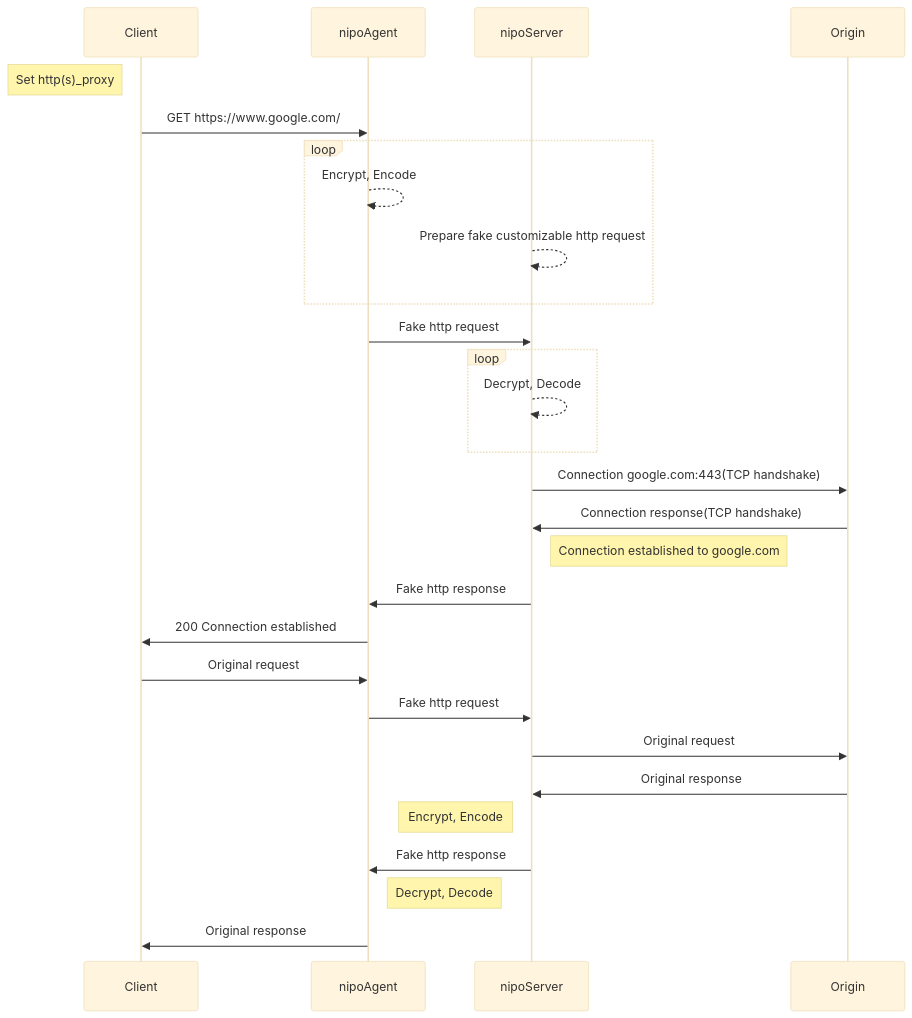
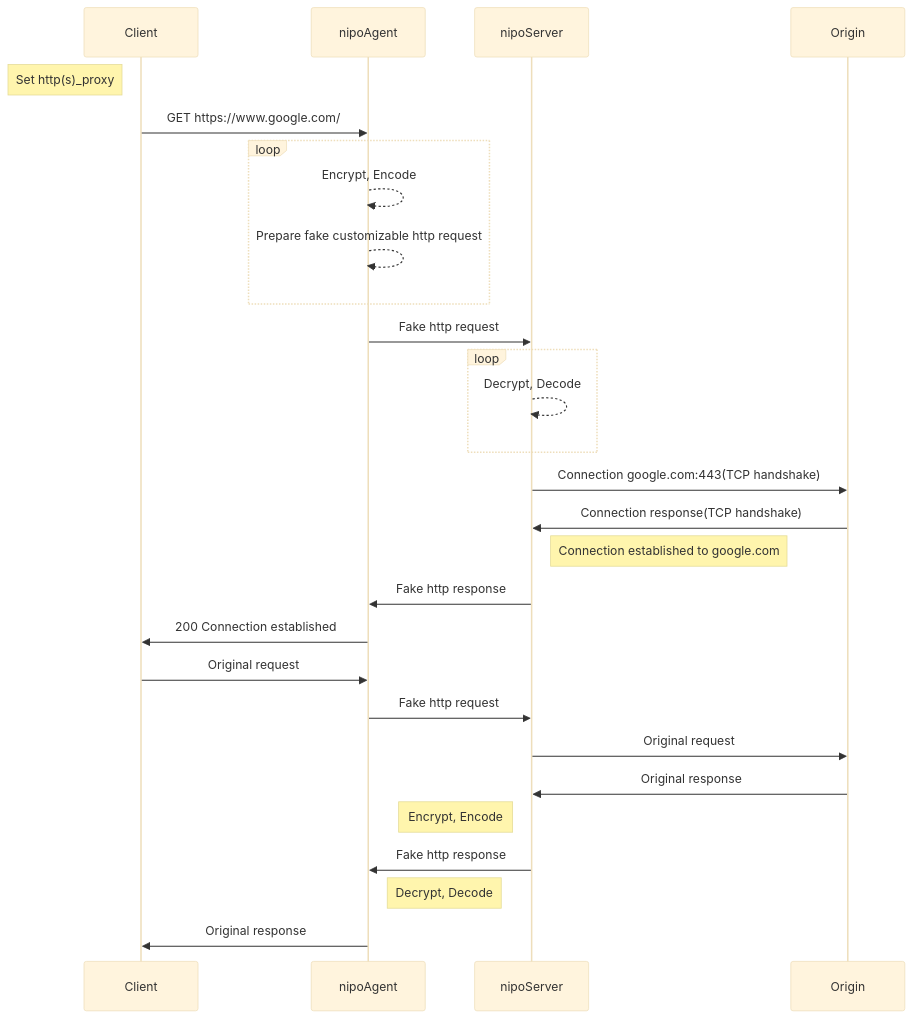
Before and after one commit to MortezaBashsiz/nipovpn: the diagram in README.md, drawn with Mermaid (base theme).

Commit message:
Test Readme

````diff
--- a/README.md
+++ b/README.md
@@ -6,28 +6,28 @@
 ```mermaid
 sequenceDiagram
 Note left of Client: Set http(s)_proxy
 Client ->> nipoAgent: GET https://www.google.com/ 
 loop
     nipoAgent-->>nipoAgent: Encrypt, Encode
-    nipoServer-->>nipoServer: Prepare fake customizable http request
+    nipoAgent-->>nipoAgent: Prepare fake customizable http request
 end
 nipoAgent ->> nipoServer: Fake http request
 loop
     nipoServer-->>nipoServer: Decrypt, Decode
 end
 nipoServer ->> Origin: Connection google.com:443(TCP handshake)
 Origin ->> nipoServer: Connection response(TCP handshake)
 Note right of nipoServer: Connection established to google.com
 nipoServer ->> nipoAgent: Fake http response
 nipoAgent ->> Client: 200 Connection established
 Client ->> nipoAgent: Original request
 nipoAgent ->> nipoServer: Fake http request
 nipoServer ->> Origin: Original request
 Origin ->> nipoServer: Original response
 Note left of nipoServer: Encrypt, Encode
 nipoServer ->> nipoAgent: Fake http response
 Note right of nipoAgent: Decrypt, Decode
 nipoAgent ->> Client: Original response
 
 
 ```
````
